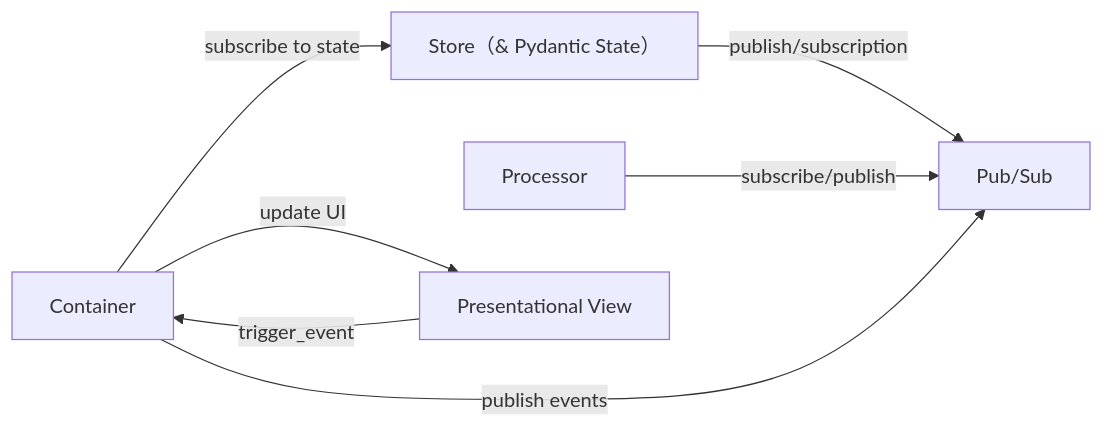
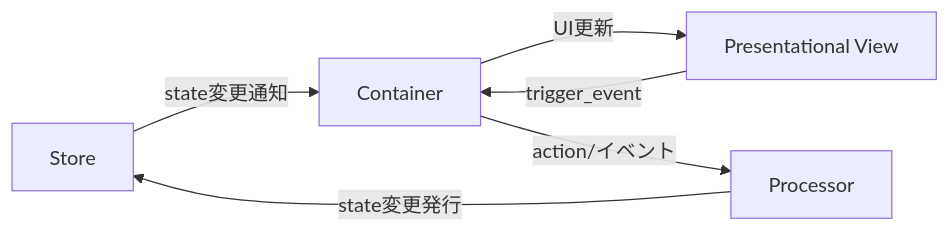
The diagram in README.md (vavavavavavavavava/pubsubtk), drawn with Mermaid before and after one commit. The commit also changed other lines of this file, not shown here.

Commit message:
README.mdのコア構造セクションを更新し、Pub/SubとPydanticの関係を明確化。メソッドの説明を整理。

````diff
--- a/README.md
+++ b/README.md
@@ -66,14 +66,14 @@
 ```mermaid
 graph LR
-  Store[Store（& Pydantic State）]
-  PubSub[Pub/Sub]
+  Store[Store]
   Processor[Processor]
   Container[Container]
   View[Presentational View]
-  Store -->|publish/subscription| PubSub
-  Processor -->|subscribe/publish| PubSub
-  Container -->|subscribe to state| Store
-  Container -->|publish events| PubSub
-  View -->|trigger_event| Container
-  Container -->|update UI| View
+  
+  Processor -- state変更発行 --> Store
+  Store -- state変更通知 --> Container
+  Container -- UI更新 --> View
+  View -- trigger_event --> Container
+  Container -- action/イベント --> Processor
+
 ```
````
